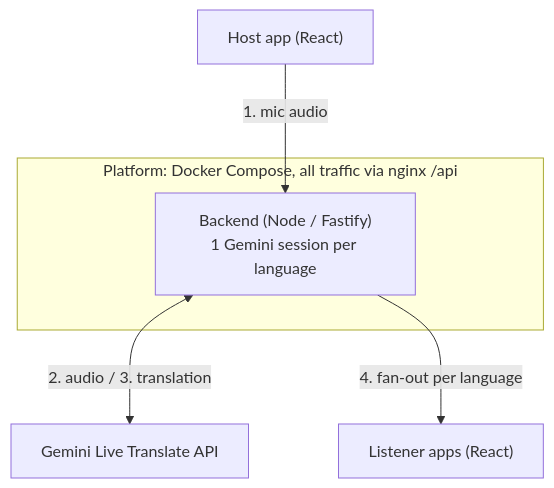
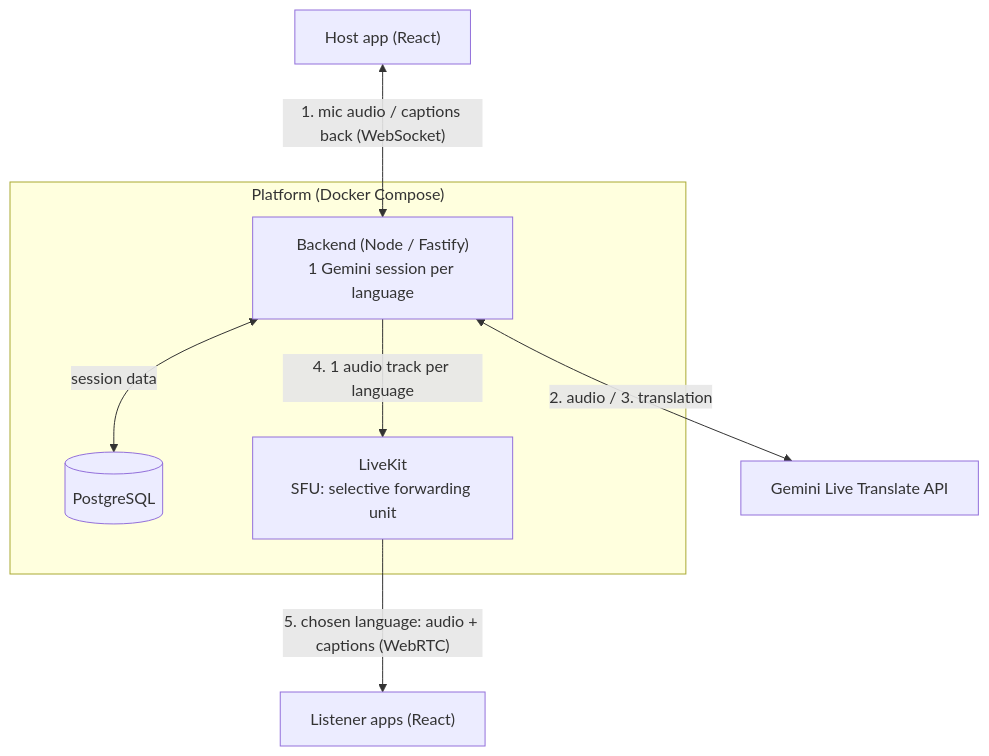
One commit to WH1TE-SHAD0W/ai-dubbing-studio changed the first of 2 diagrams in docs/architecture.md. Above: the diagram before and after it, drawn with Mermaid. The commit also changed other lines of this file, not shown here.

First line of the commit message:
docs: show target architecture with LiveKit and PostgreSQL

````diff
--- a/docs/architecture.md
+++ b/docs/architecture.md
@@ -12,16 +13,20 @@
 ```mermaid
 %%{init: {"flowchart": {"nodeSpacing": 90, "rankSpacing": 70}}}%%
 flowchart TB
   Host["Host app (React)"]
 
-  subgraph Platform["Platform: Docker Compose, all traffic via nginx /api"]
+  subgraph Platform["Platform (Docker Compose)"]
     Backend["Backend (Node / Fastify)<br/>1 Gemini session per language"]
+    DB[("PostgreSQL")]
+    SFU["LiveKit<br/>SFU: selective forwarding unit"]
   end
 
   Gemini["Gemini Live Translate API"]
   Listener["Listener apps (React)"]
 
-  Host -- "1. mic audio" --> Backend
+  Host <-- "1. mic audio / captions back (WebSocket)" --> Backend
   Backend <-- "2. audio / 3. translation" --> Gemini
-  Backend -- "4. fan-out per language" --> Listener
+  Backend <-- "session data" --> DB
+  Backend -- "4. 1 audio track per language" --> SFU
+  SFU -- "5. chosen language: audio + captions (WebRTC)" --> Listener
 ```
````
